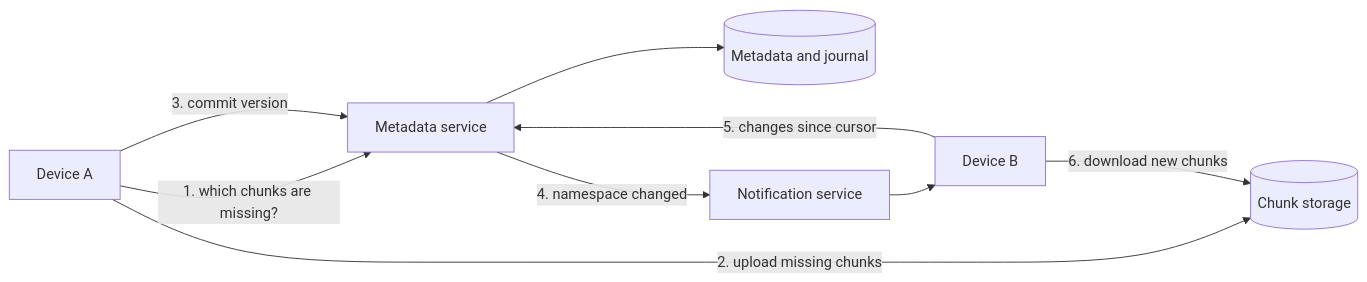
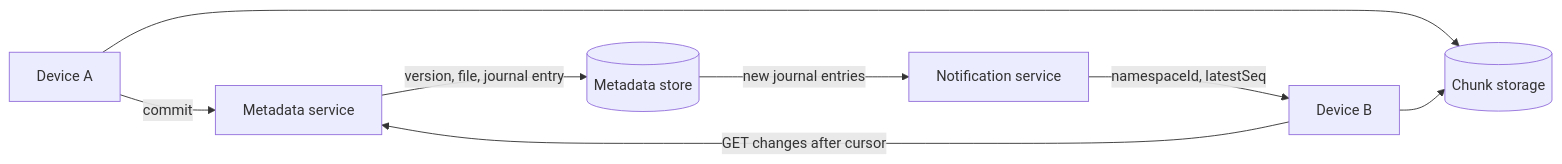
The second of 9 diagrams in docs/06-case-studies/file-sync.md (spabolu/system-design-modern), drawn with Mermaid before and after one commit. The commit also changed other lines of this file, not shown here.

````diff
--- a/docs/06-case-studies/file-sync.md
+++ b/docs/06-case-studies/file-sync.md
@@ -75,11 +192,10 @@
 ```mermaid
 flowchart LR
-  D1[Device A] -->|"1. which chunks are missing?"| API[Metadata service]
-  D1 -->|"2. upload missing chunks"| BLOB[(Chunk storage)]
-  D1 -->|"3. commit version"| API
-  API --> MD[(Metadata and journal)]
-  API -->|"4. namespace changed"| N[Notification service]
-  N --> D2[Device B]
-  D2 -->|"5. changes since cursor"| API
-  D2 -->|"6. download new chunks"| BLOB
+  A[Device A] -->|"commit"| MS[Metadata service]
+  MS -->|"version, file, journal entry"| MD[("Metadata store")]
+  A --> CS[("Chunk storage")]
+  MD -->|"new journal entries"| NS[Notification service]
+  NS -->|"namespaceId, latestSeq"| B[Device B]
+  B -->|"GET changes after cursor"| MS
+  B --> CS
 ```
````
